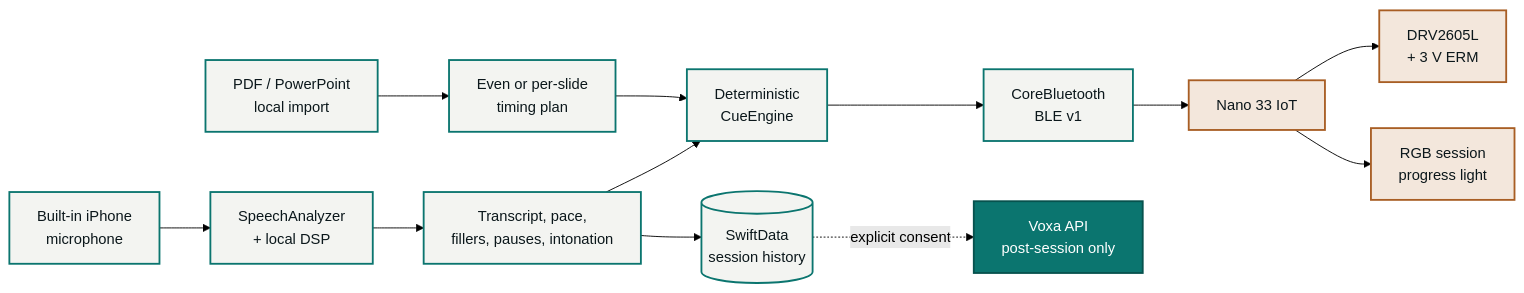
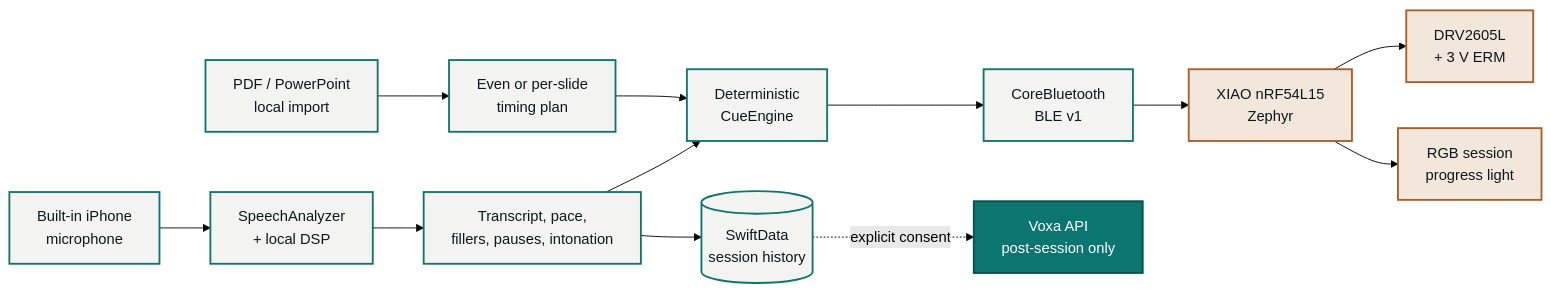
The diagram in README.md (amaar-mc/voxa-cue), drawn with Mermaid (forest theme) before and after one commit. The commit also changed other lines of this file, not shown here.

First line of the commit message:
docs(readme): feature XIAO as the primary band

````diff
--- a/README.md
+++ b/README.md
@@ -100,21 +100,21 @@
 ```mermaid
 flowchart LR
     MIC["Built-in iPhone<br/>microphone"] --> SPEECH["SpeechAnalyzer<br/>+ local DSP"]
     DECK["PDF / PowerPoint<br/>local import"] --> TIMING["Even or per-slide<br/>timing plan"]
     SPEECH --> METRICS["Transcript, pace,<br/>fillers, pauses, intonation"]
     METRICS --> ENGINE["Deterministic<br/>CueEngine"]
     TIMING --> ENGINE
     ENGINE --> BLE["CoreBluetooth<br/>BLE v1"]
-    BLE --> NANO["Nano 33 IoT"]
-    NANO --> MOTOR["DRV2605L<br/>+ 3 V ERM"]
-    NANO --> LIGHT["RGB session<br/>progress light"]
+    BLE --> BAND["XIAO nRF54L15<br/>Zephyr"]
+    BAND --> MOTOR["DRV2605L<br/>+ 3 V ERM"]
+    BAND --> LIGHT["RGB session<br/>progress light"]
     METRICS --> STORE[("SwiftData<br/>session history")]
     STORE -. "explicit consent" .-> API["Voxa API<br/>post-session only"]
 
     classDef phone fill:#F3F4F1,stroke:#0B756F,color:#0B171B,stroke-width:2px;
     classDef band fill:#F3E7DC,stroke:#A85E24,color:#0B171B,stroke-width:2px;
     classDef optional fill:#0B756F,stroke:#07524E,color:#ffffff,stroke-width:2px;
     class MIC,DECK,TIMING,SPEECH,METRICS,ENGINE,BLE,STORE phone;
-    class NANO,MOTOR,LIGHT band;
+    class BAND,MOTOR,LIGHT band;
     class API optional;
 ```
````
